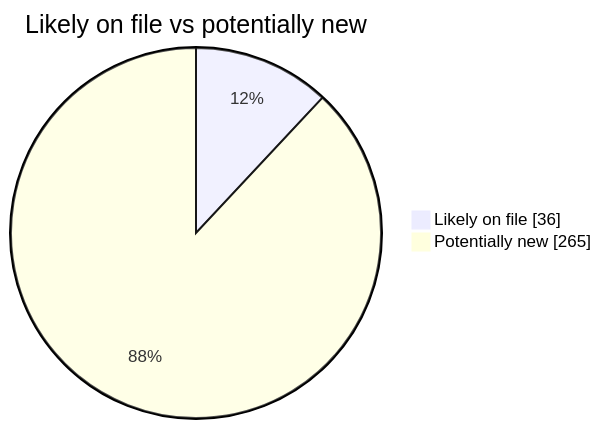
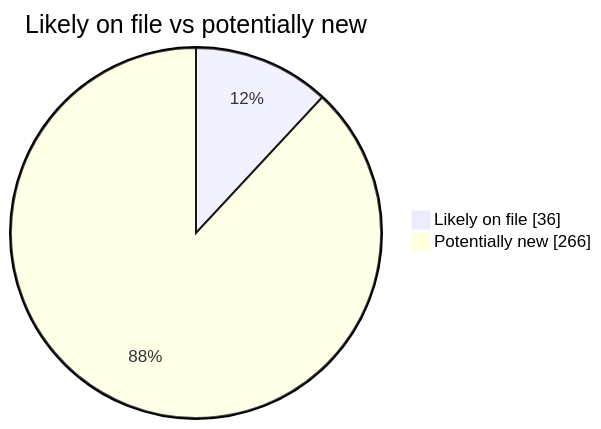
Before and after one commit to martinbalfanz/social-scanner-reports: the second of 4 diagrams in README.md, drawn with Mermaid. The commit also changed other lines of this file and 2 other files, not shown here.

````diff
--- a/README.md
+++ b/README.md
@@ -40,5 +40,5 @@
 ```mermaid
 pie showData title Likely on file vs potentially new
     "Likely on file" : 36
-    "Potentially new" : 265
+    "Potentially new" : 266
 ```
````
